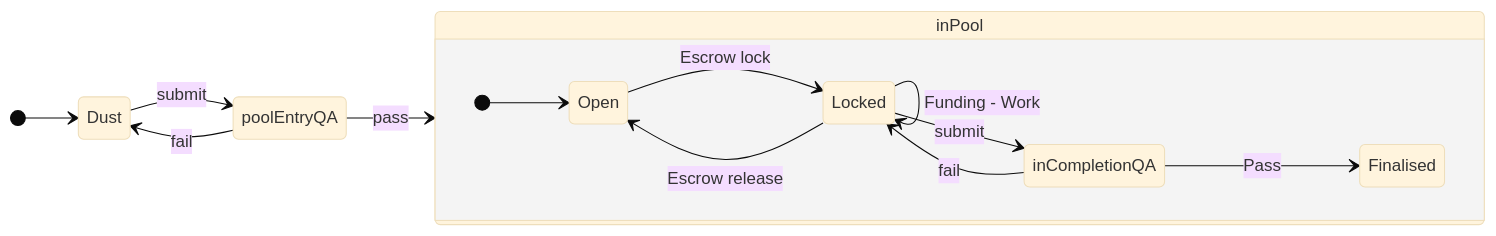
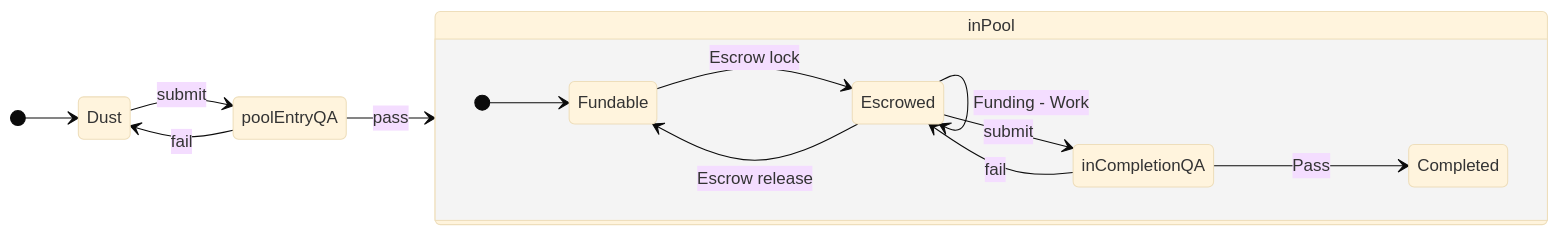
Before and after one commit to dreamcatcher-tech/network: the diagram in website/nfas/Ideas/I11.md, drawn with Mermaid (base theme). The commit also changed other lines of this file, not shown here.

````diff
--- a/website/nfas/Ideas/I11.md
+++ b/website/nfas/Ideas/I11.md
@@ -22,24 +24,24 @@
 ```mermaid
 
 stateDiagram
     direction LR
 
     
     [*] --> Dust
     Dust --> poolEntryQA : submit
     poolEntryQA --> Dust : fail
     poolEntryQA --> inPool : pass
     state inPool {
       direction LR
-    [*] --> Open
-      inCompletionQA --> Locked : fail
-      Locked --> inCompletionQA : submit
-      Open --> Locked : Escrow lock
-      Locked --> Open : Escrow release
-      Locked --> Locked : Funding - Work
-    inCompletionQA --> Finalised : Pass
+    [*] --> Fundable
+      inCompletionQA --> Escrowed : fail
+      Escrowed --> inCompletionQA : submit
+      Fundable --> Escrowed : Escrow lock
+      Escrowed --> Fundable : Escrow release
+      Escrowed --> Escrowed : Funding - Work
+    inCompletionQA --> Completed : Pass
     }
     
 
 
 ```
````
